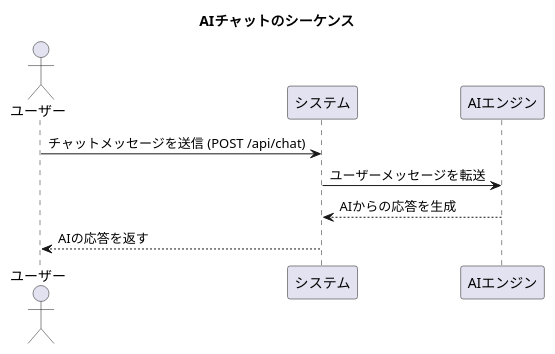
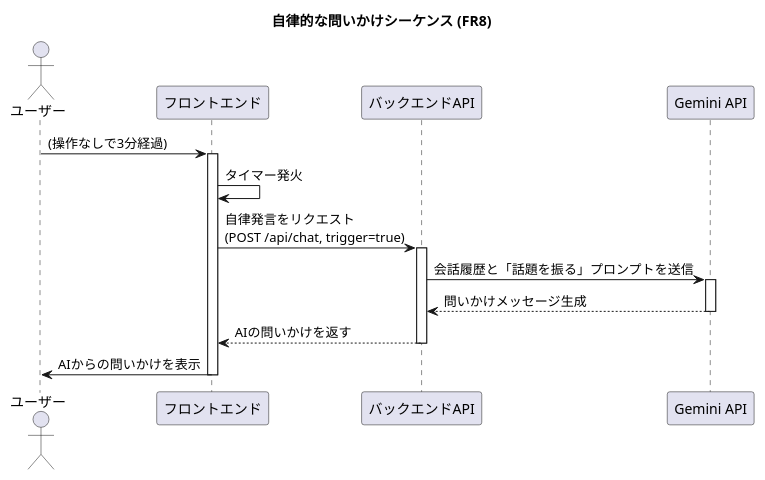
The tenth of 10 diagrams in doc/1.SPEC.md (prankster-freedom/ToyBox), drawn with PlantUML before and after one commit. The commit also changed other lines of this file and 1 other file, not shown here.

````diff
--- a/doc/1.SPEC.md
+++ b/doc/1.SPEC.md
@@ -194,14 +383,28 @@
 ```plantuml
 @startuml
-title AIチャットのシーケンス
+title 自律的な問いかけシーケンス (FR8)
 
-actor ユーザー
-participant "システム" as System
-participant "AIエンジン" as AIEngine
+actor "ユーザー" as User
+participant "フロントエンド" as Frontend
+participant "バックエンドAPI" as Backend
+participant "Gemini API" as Gemini
 
-ユーザー -> System: チャットメッセージを送信 (POST /api/chat)
-System -> AIEngine: ユーザーメッセージを転送
-AIEngine --> System: AIからの応答を生成
-System --> ユーザー: AIの応答を返す
+User -> Frontend: (操作なしで3分経過)
+activate Frontend
+Frontend -> Frontend: タイマー発火
+
+Frontend -> Backend: 自律発言をリクエスト\n(POST /api/chat, trigger=true)
+activate Backend
+
+Backend -> Gemini: 会話履歴と「話題を振る」プロンプトを送信
+activate Gemini
+Gemini --> Backend: 問いかけメッセージ生成
+deactivate Gemini
+
+Backend --> Frontend: AIの問いかけを返す
+deactivate Backend
+
+Frontend -> User: AIからの問いかけを表示
+deactivate Frontend
 @enduml
 ```
````
